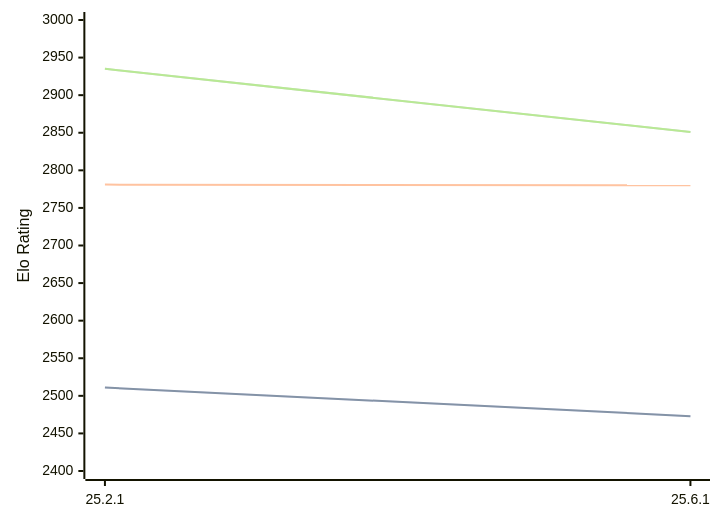
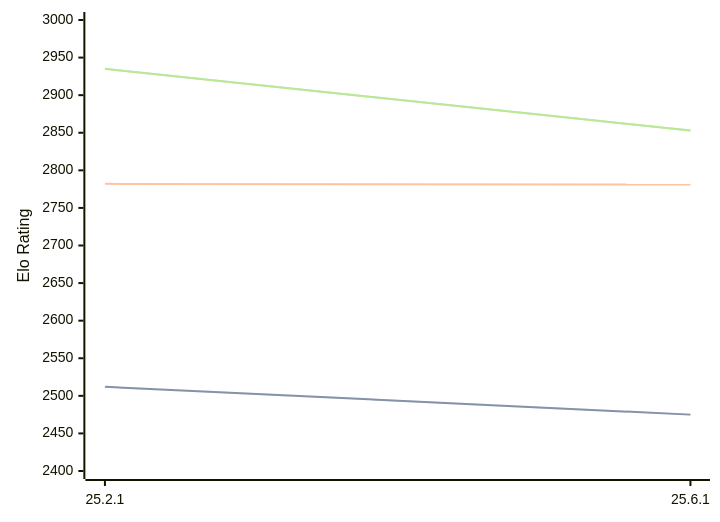
Before and after one commit to computer-chess-index/cci: the diagram in engines/Crafty.md, drawn with Mermaid. The commit also changed other lines of this file, not shown here.

Commit message:
Update CCI Ratings (ELO VLTC) - 2026-09-14

````diff
--- a/engines/Crafty.md
+++ b/engines/Crafty.md
@@ -32,11 +32,11 @@
 ```mermaid
 %%{init: {"theme":"base","themeVariables":{"seriesColors:['#a3a3a3','#222221','#faa371']}}}%%
 xychart-beta
   x-axis ["25.2.1", "25.6.1"]
   y-axis "Elo Rating" 2400 --> 3000
-  line "" [2511, 2473]
-  line "STC (8.0+0.08s)" [2511, 2473]
-  line "LTC (60.0+0.60s)" [2781, 2780]
-  line "" [2935, 2851]
-  line "VLTC (2m24s+1.12s)" [2935, 2851]
+  line "" [2512, 2475]
+  line "STC (8.0+0.08s)" [2512, 2475]
+  line "LTC (60.0+0.60s)" [2782, 2781]
+  line "" [2935, 2853]
+  line "VLTC (2m24s+1.12s)" [2935, 2853]
 ```
````
